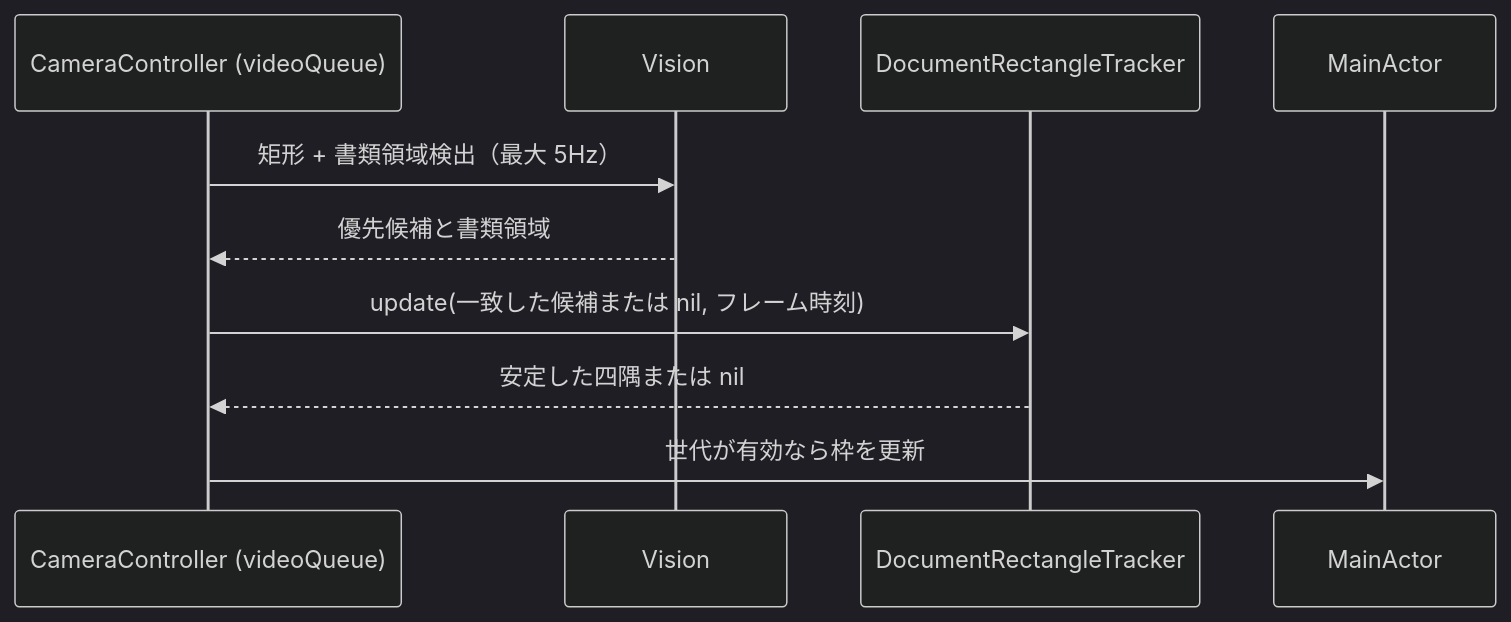
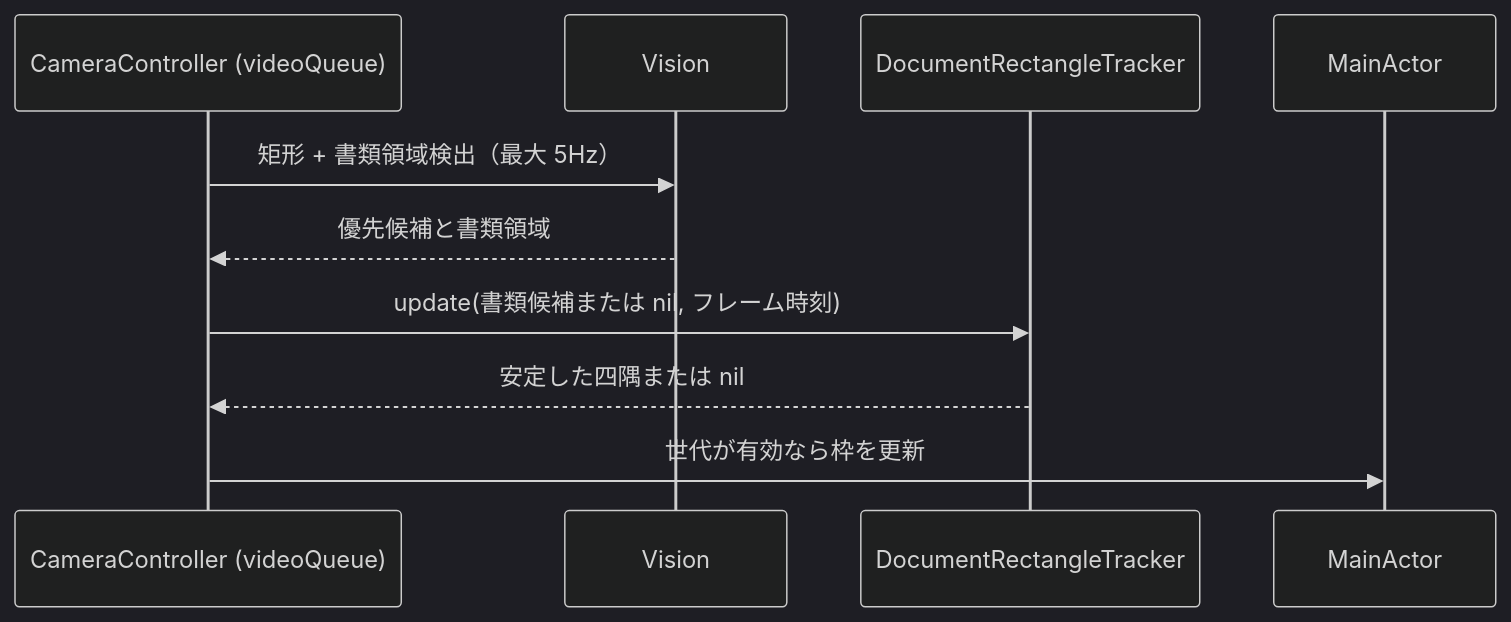
The first of 3 diagrams in DocScanner/Views/README.md (gomurin0428/DocScanner), drawn with Mermaid (dark theme) before and after one commit. The commit also changed other lines of this file and 11 other files, not shown here.

````diff
--- a/DocScanner/Views/README.md
+++ b/DocScanner/Views/README.md
@@ -31,12 +31,12 @@
 ```mermaid
 sequenceDiagram
     participant C as CameraController (videoQueue)
     participant V as Vision
     participant T as DocumentRectangleTracker
     participant U as MainActor
     C->>V: 矩形 + 書類領域検出（最大 5Hz）
     V-->>C: 優先候補と書類領域
-    C->>T: update(一致した候補または nil, フレーム時刻)
+    C->>T: update(書類候補または nil, フレーム時刻)
     T-->>C: 安定した四隅または nil
     C->>U: 世代が有効なら枠を更新
 ```
````
